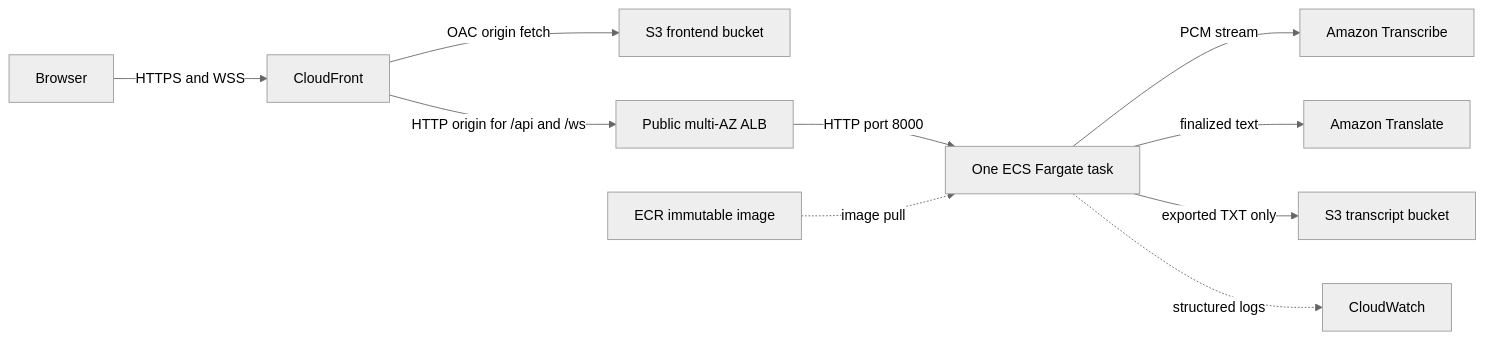
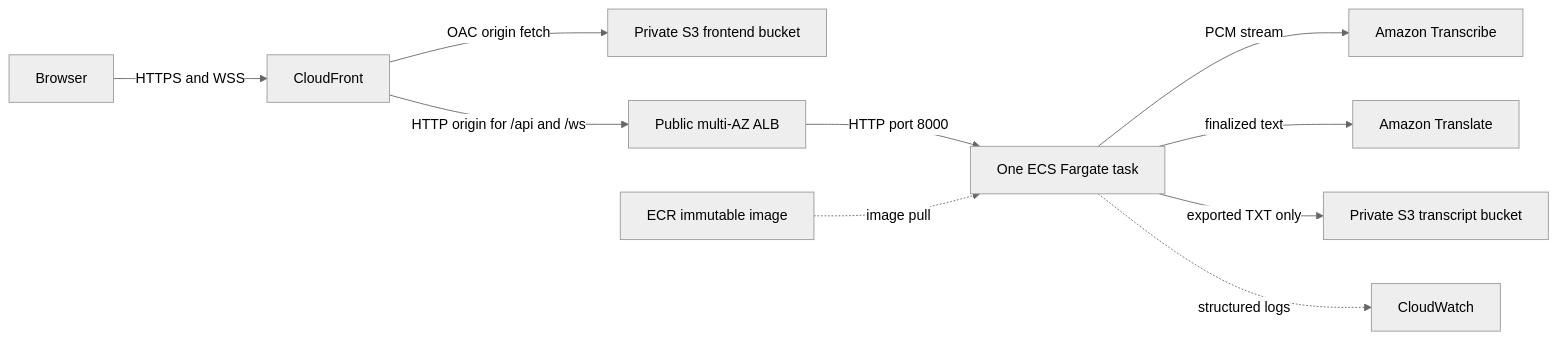
Before and after one commit to 9ducanh9/livecap: the diagram in README.md, drawn with Mermaid (neutral theme). The commit also changed other lines of this file and 16 other files, not shown here.

````diff
--- a/README.md
+++ b/README.md
@@ -855,12 +62,12 @@
 ```mermaid
 flowchart LR
     User["Browser"] -->|HTTPS and WSS| CF["CloudFront"]
-    CF -->|OAC origin fetch| Frontend["S3 frontend bucket"]
+    CF -->|OAC origin fetch| Frontend["Private S3 frontend bucket"]
     CF -->|HTTP origin for /api and /ws| ALB["Public multi-AZ ALB"]
     ALB -->|HTTP port 8000| Task["One ECS Fargate task"]
     ECR["ECR immutable image"] -.->|image pull| Task
     Task -->|PCM stream| Transcribe["Amazon Transcribe"]
     Task -->|finalized text| Translate["Amazon Translate"]
-    Task -->|exported TXT only| Transcript["S3 transcript bucket"]
+    Task -->|exported TXT only| Transcript["Private S3 transcript bucket"]
     Task -.->|structured logs| CloudWatch["CloudWatch"]
 ```
````
